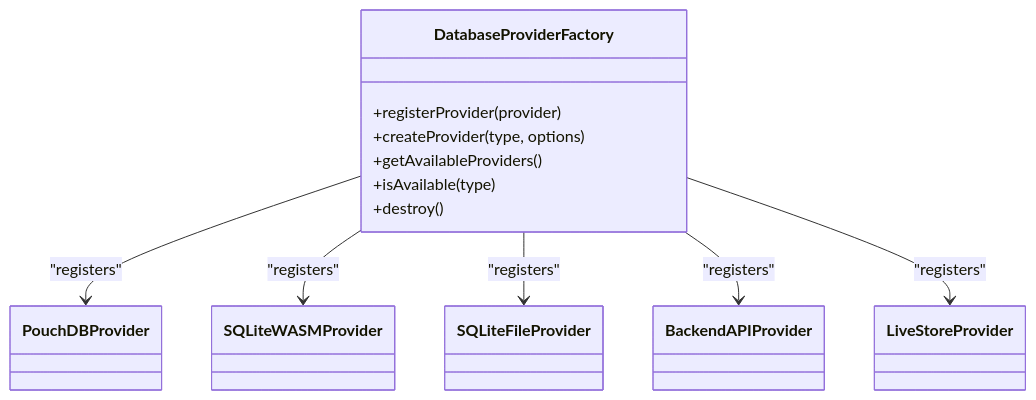
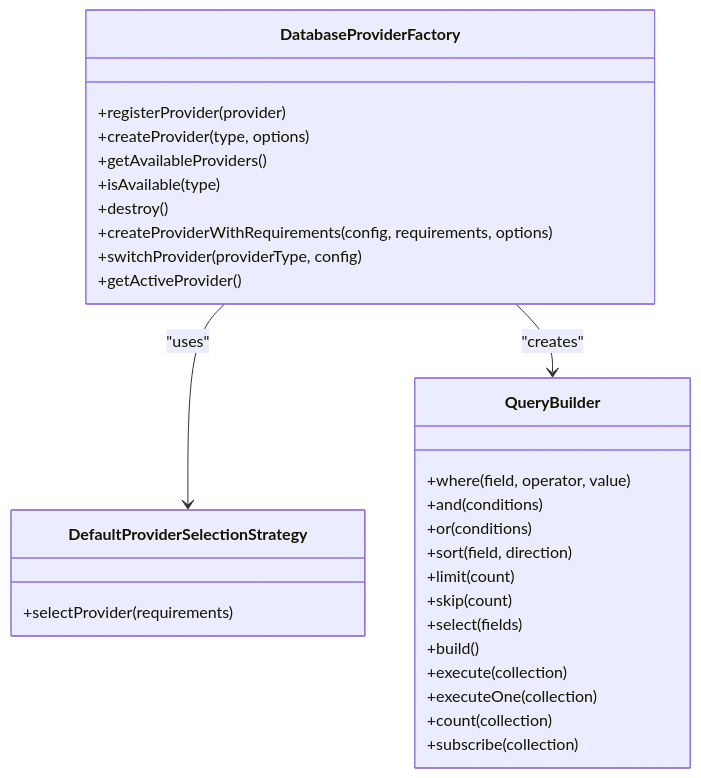
The fourth of 6 diagrams in .qoder/repowiki/en/content/Data Layer/Database Providers/Database Providers.md (geniusdynamics/schoolpilot), drawn with Mermaid before and after one commit. The commit also changed other lines of this file and 54 other files, not shown here.

````diff
--- a/.qoder/repowiki/en/content/Data Layer/Database Providers/Database Providers.md
+++ b/.qoder/repowiki/en/content/Data Layer/Database Providers/Database Providers.md
@@ -158,20 +205,32 @@
 ```mermaid
 classDiagram
 class DatabaseProviderFactory {
 +registerProvider(provider)
 +createProvider(type, options)
 +getAvailableProviders()
 +isAvailable(type)
 +destroy()
++createProviderWithRequirements(config, requirements, options)
++switchProvider(providerType, config)
++getActiveProvider()
 }
-class PouchDBProvider
-class SQLiteWASMProvider
-class SQLiteFileProvider
-class BackendAPIProvider
-class LiveStoreProvider
-DatabaseProviderFactory --> PouchDBProvider : "registers"
-DatabaseProviderFactory --> SQLiteWASMProvider : "registers"
-DatabaseProviderFactory --> SQLiteFileProvider : "registers"
-DatabaseProviderFactory --> BackendAPIProvider : "registers"
-DatabaseProviderFactory --> LiveStoreProvider : "registers"
+class DefaultProviderSelectionStrategy {
++selectProvider(requirements)
+}
+class QueryBuilder {
++where(field, operator, value)
++and(conditions)
++or(conditions)
++sort(field, direction)
++limit(count)
++skip(count)
++select(fields)
++build()
++execute(collection)
++executeOne(collection)
++count(collection)
++subscribe(collection)
+}
+DatabaseProviderFactory --> DefaultProviderSelectionStrategy : "uses"
+DatabaseProviderFactory --> QueryBuilder : "creates"
 ```
````
